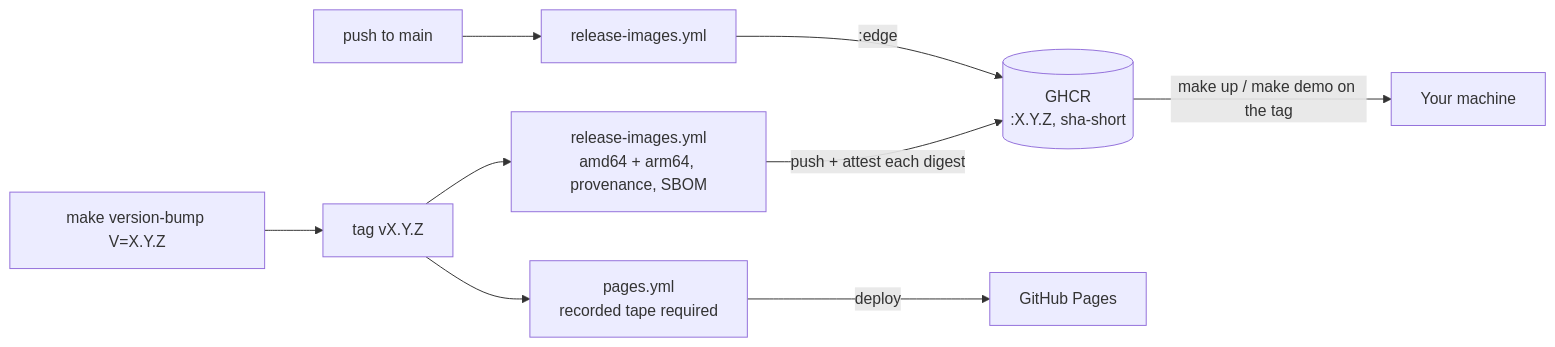
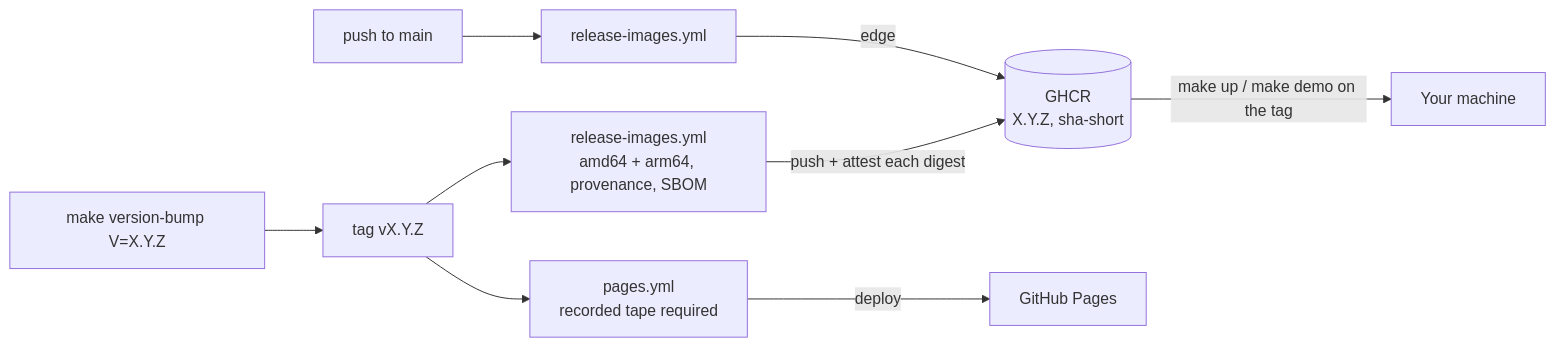
One commit to timkush1/TrustAgent changed the third of 3 diagrams in docs/ARCHITECTURE.md. Above: the diagram before and after it, drawn with Mermaid. The commit also changed other lines of this file and 1 other file, not shown here.

Commit message:
docs: quote every new Mermaid label, so slashes and colons render as text

````diff
--- a/docs/ARCHITECTURE.md
+++ b/docs/ARCHITECTURE.md
@@ -143,10 +143,10 @@
 ```mermaid
 graph LR
-    B[make version-bump V=X.Y.Z] --> T[tag vX.Y.Z]
-    T --> RI[release-images.yml<br/>amd64 + arm64, provenance, SBOM]
-    RI -->|push + attest each digest| GHCR[(GHCR<br/>:X.Y.Z, sha-short)]
-    T --> PW[pages.yml<br/>recorded tape required]
-    PW -->|deploy| GP[GitHub Pages]
-    M[push to main] --> RI2[release-images.yml] -->|:edge| GHCR
-    GHCR -->|make up / make demo on the tag| U[Your machine]
+    B["make version-bump V=X.Y.Z"] --> T["tag vX.Y.Z"]
+    T --> RI["release-images.yml<br/>amd64 + arm64, provenance, SBOM"]
+    RI -->|"push + attest each digest"| GHCR[("GHCR<br/>X.Y.Z, sha-short")]
+    T --> PW["pages.yml<br/>recorded tape required"]
+    PW -->|"deploy"| GP["GitHub Pages"]
+    M["push to main"] --> RI2["release-images.yml"] -->|"edge"| GHCR
+    GHCR -->|"make up / make demo on the tag"| U["Your machine"]
 ```
````
